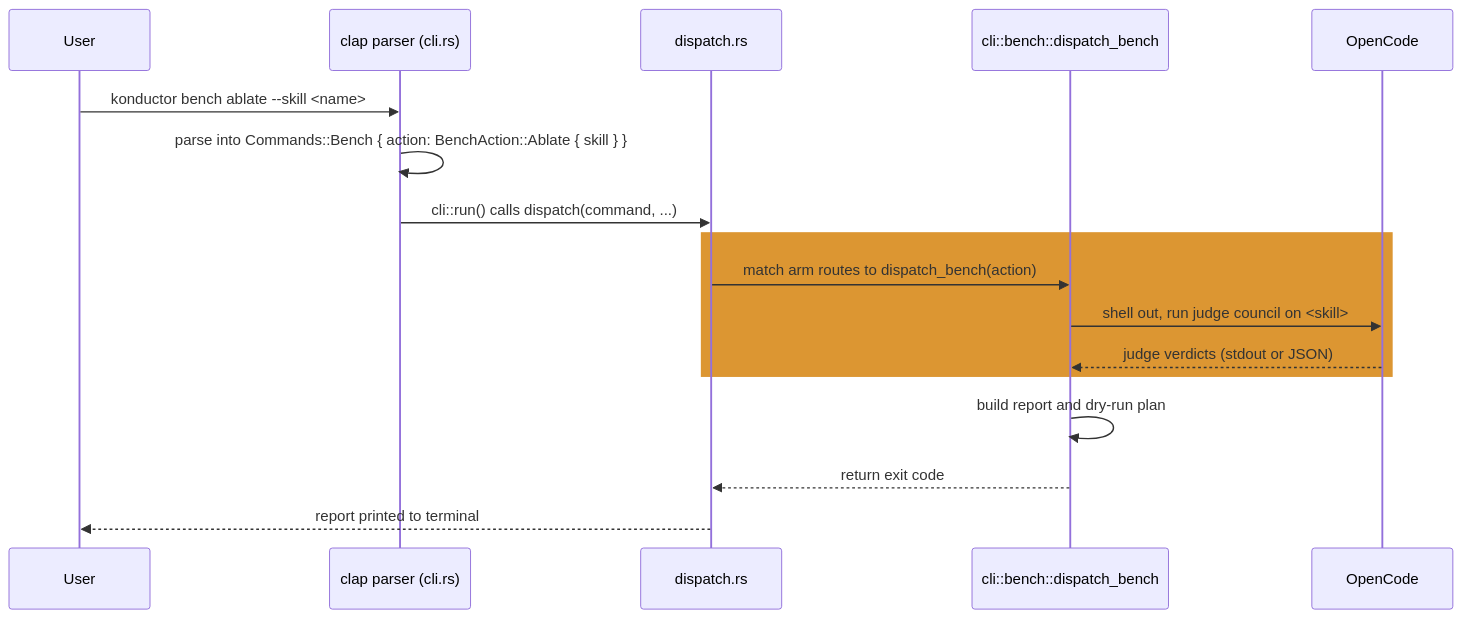
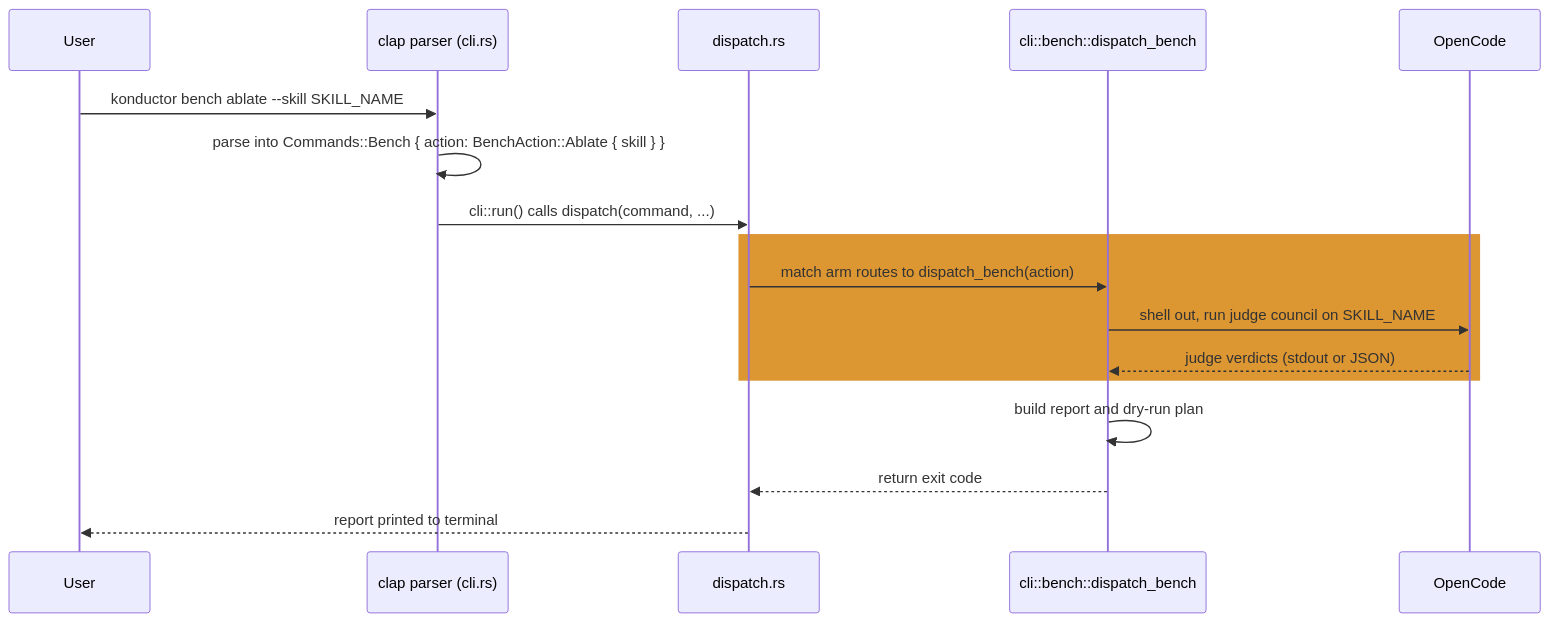
The fourth of 4 diagrams in .konductor/designs/benchmarking/design.md (aws-solutions/konductor), drawn with Mermaid before and after one commit. The commit also changed other lines of this file, not shown here.

````diff
--- a/.konductor/designs/benchmarking/design.md
+++ b/.konductor/designs/benchmarking/design.md
@@ -426,22 +430,22 @@
 ```mermaid
 sequenceDiagram
     participant User
     participant Clap as clap parser (cli.rs)
     participant Dispatch as dispatch.rs
     participant Bench as cli::bench::dispatch_bench
     participant OpenCode
 
-    User->>Clap: konductor bench ablate --skill <name>
+    User->>Clap: konductor bench ablate --skill SKILL_NAME
     Clap->>Clap: parse into Commands::Bench { action: BenchAction::Ablate { skill } }
     Clap->>Dispatch: cli::run() calls dispatch(command, ...)
 
     rect rgb(220, 150, 50)
     Dispatch->>Bench: match arm routes to dispatch_bench(action)
-    Bench->>OpenCode: shell out, run judge council on <skill>
+    Bench->>OpenCode: shell out, run judge council on SKILL_NAME
     OpenCode-->>Bench: judge verdicts (stdout or JSON)
     end
 
     Bench->>Bench: build report and dry-run plan
     Bench-->>Dispatch: return exit code
     Dispatch-->>User: report printed to terminal
 ```
````
